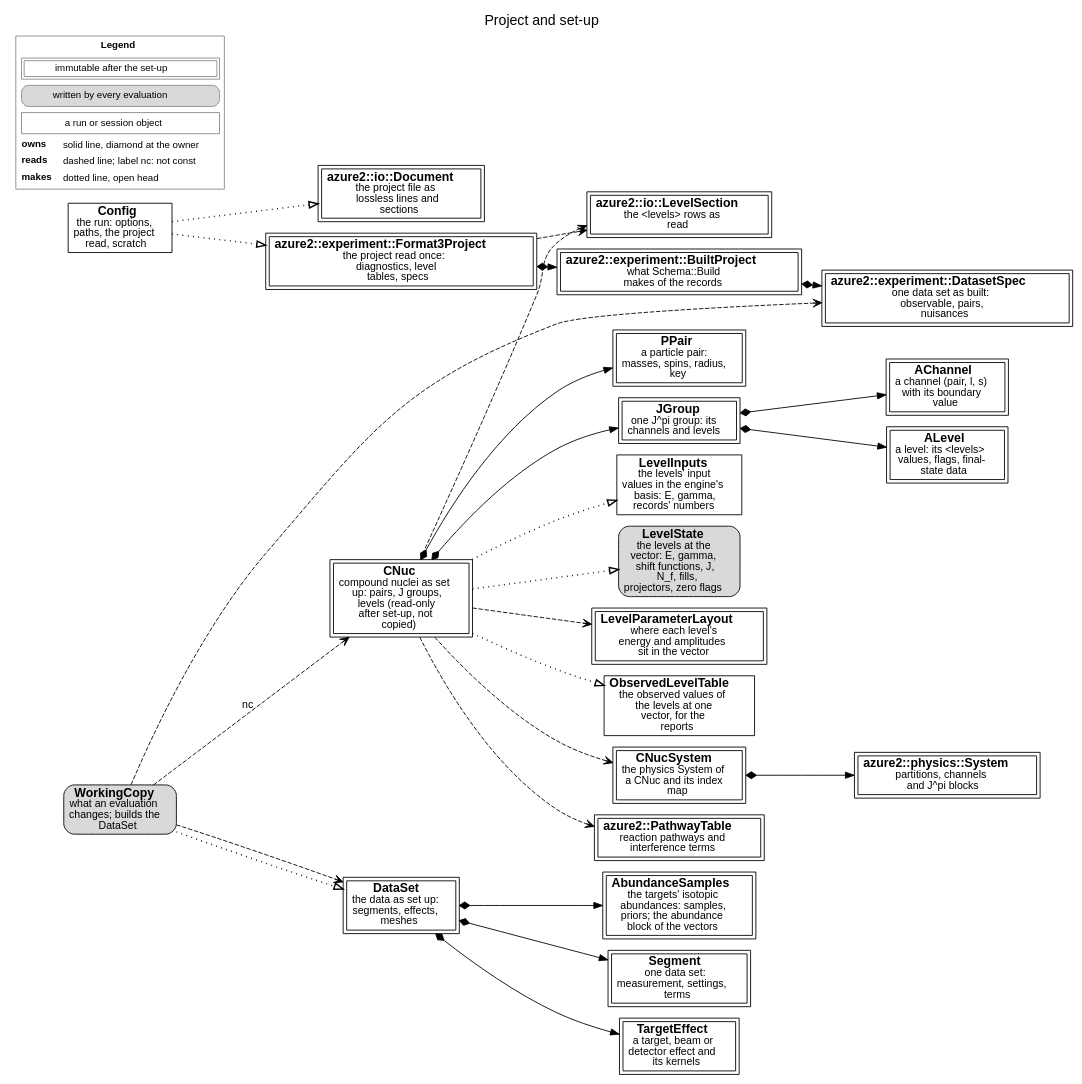
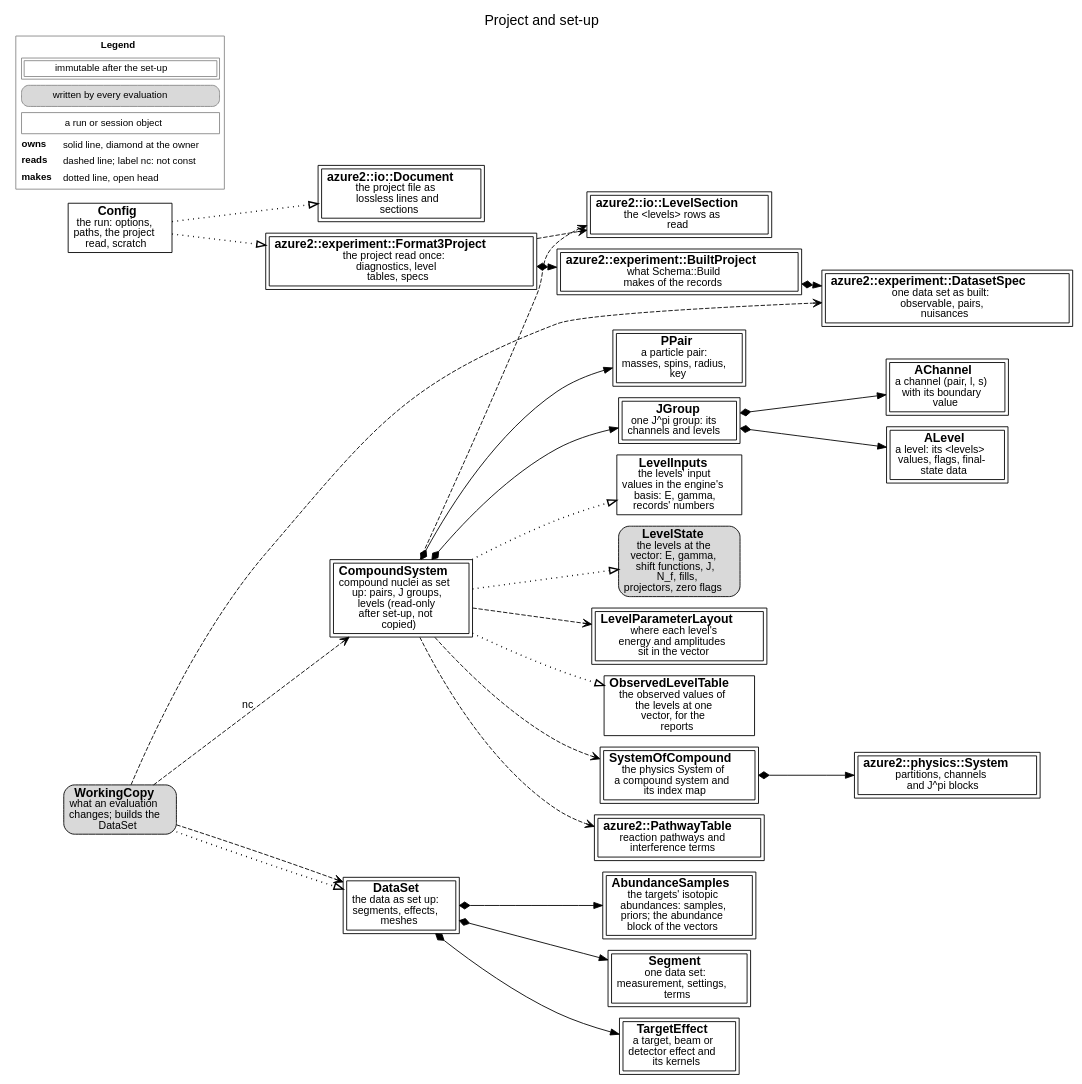
One commit to AZURE2DEV/AZURE2 changed the diagram in docs/source/developer/figures/setup.dot. Above: the diagram before and after it, drawn with Graphviz. The commit also changed 209 other files, not shown here.

```diff
--- a/docs/source/developer/figures/setup.dot
+++ b/docs/source/developer/figures/setup.dot
@@ -1,53 +1,53 @@
 digraph setup {
   graph [rankdir=LR, fontname="Helvetica", fontsize=16, labelloc=t, label="Project and set-up", nodesep=0.18, ranksep=0.3, newrank=true];
   node [fontname="Helvetica", fontsize=14, margin="0.08,0.04"];
   edge [fontname="Helvetica", fontsize=12];
   n_azure2__io__Document [label=<<b>azure2::io::Document</b><br/><font point-size="12">the project file as<br/>lossless lines and<br/>sections</font>>, shape=box, peripheries=2, style="filled", fillcolor="white"];
   n_azure2__io__LevelSection [label=<<b>azure2::io::LevelSection</b><br/><font point-size="12">the &lt;levels&gt; rows as<br/>read</font>>, shape=box, peripheries=2, style="filled", fillcolor="white"];
   n_azure2__experiment__Format3Project [label=<<b>azure2::experiment::Format3Project</b><br/><font point-size="12">the project read once:<br/>diagnostics, level<br/>tables, specs</font>>, shape=box, peripheries=2, style="filled", fillcolor="white"];
   n_azure2__experiment__BuiltProject [label=<<b>azure2::experiment::BuiltProject</b><br/><font point-size="12">what Schema::Build<br/>makes of the records</font>>, shape=box, peripheries=2, style="filled", fillcolor="white"];
   n_azure2__experiment__DatasetSpec [label=<<b>azure2::experiment::DatasetSpec</b><br/><font point-size="12">one data set as built:<br/>observable, pairs,<br/>nuisances</font>>, shape=box, peripheries=2, style="filled", fillcolor="white"];
   n_Config [label=<<b>Config</b><br/><font point-size="12">the run: options,<br/>paths, the project<br/>read, scratch</font>>, shape=box, style="filled", fillcolor="white"];
-  n_CNuc [label=<<b>CNuc</b><br/><font point-size="12">compound nuclei as set<br/>up: pairs, J groups,<br/>levels (read-only<br/>after set-up, not<br/>copied)</font>>, shape=box, peripheries=2, style="filled", fillcolor="white"];
+  n_CompoundSystem [label=<<b>CompoundSystem</b><br/><font point-size="12">compound nuclei as set<br/>up: pairs, J groups,<br/>levels (read-only<br/>after set-up, not<br/>copied)</font>>, shape=box, peripheries=2, style="filled", fillcolor="white"];
   n_PPair [label=<<b>PPair</b><br/><font point-size="12">a particle pair:<br/>masses, spins, radius,<br/>key</font>>, shape=box, peripheries=2, style="filled", fillcolor="white"];
   n_JGroup [label=<<b>JGroup</b><br/><font point-size="12">one J^pi group: its<br/>channels and levels</font>>, shape=box, peripheries=2, style="filled", fillcolor="white"];
   n_AChannel [label=<<b>AChannel</b><br/><font point-size="12">a channel (pair, l, s)<br/>with its boundary<br/>value</font>>, shape=box, peripheries=2, style="filled", fillcolor="white"];
   n_ALevel [label=<<b>ALevel</b><br/><font point-size="12">a level: its &lt;levels&gt;<br/>values, flags, final-<br/>state data</font>>, shape=box, peripheries=2, style="filled", fillcolor="white"];
   n_LevelInputs [label=<<b>LevelInputs</b><br/><font point-size="12">the levels&#x27; input<br/>values in the engine&#x27;s<br/>basis: E, gamma,<br/>records&#x27; numbers</font>>, shape=box, style="filled", fillcolor="white"];
   n_LevelState [label=<<b>LevelState</b><br/><font point-size="12">the levels at the<br/>vector: E, gamma,<br/>shift functions, J,<br/>N_f, fills,<br/>projectors, zero flags</font>>, shape=box, style="rounded,filled", fillcolor="#d9d9d9"];
   n_LevelParameterLayout [label=<<b>LevelParameterLayout</b><br/><font point-size="12">where each level&#x27;s<br/>energy and amplitudes<br/>sit in the vector</font>>, shape=box, peripheries=2, style="filled", fillcolor="white"];
   n_ObservedLevelTable [label=<<b>ObservedLevelTable</b><br/><font point-size="12">the observed values of<br/>the levels at one<br/>vector, for the<br/>reports</font>>, shape=box, style="filled", fillcolor="white"];
-  n_CNucSystem [label=<<b>CNucSystem</b><br/><font point-size="12">the physics System of<br/>a CNuc and its index<br/>map</font>>, shape=box, peripheries=2, style="filled", fillcolor="white"];
+  n_SystemOfCompound [label=<<b>SystemOfCompound</b><br/><font point-size="12">the physics System of<br/>a compound system and<br/>its index map</font>>, shape=box, peripheries=2, style="filled", fillcolor="white"];
   n_azure2__physics__System [label=<<b>azure2::physics::System</b><br/><font point-size="12">partitions, channels<br/>and J^pi blocks</font>>, shape=box, peripheries=2, style="filled", fillcolor="white"];
   n_azure2__PathwayTable [label=<<b>azure2::PathwayTable</b><br/><font point-size="12">reaction pathways and<br/>interference terms</font>>, shape=box, peripheries=2, style="filled", fillcolor="white"];
   n_DataSet [label=<<b>DataSet</b><br/><font point-size="12">the data as set up:<br/>segments, effects,<br/>meshes</font>>, shape=box, peripheries=2, style="filled", fillcolor="white"];
   n_AbundanceSamples [label=<<b>AbundanceSamples</b><br/><font point-size="12">the targets&#x27; isotopic<br/>abundances: samples,<br/>priors; the abundance<br/>block of the vectors</font>>, shape=box, peripheries=2, style="filled", fillcolor="white"];
   n_Segment [label=<<b>Segment</b><br/><font point-size="12">one data set:<br/>measurement, settings,<br/>terms</font>>, shape=box, peripheries=2, style="filled", fillcolor="white"];
   n_TargetEffect [label=<<b>TargetEffect</b><br/><font point-size="12">a target, beam or<br/>detector effect and<br/>its kernels</font>>, shape=box, peripheries=2, style="filled", fillcolor="white"];
   n_WorkingCopy [label=<<b>WorkingCopy</b><br/><font point-size="12">what an evaluation<br/>changes; builds the<br/>DataSet</font>>, shape=box, style="rounded,filled", fillcolor="#d9d9d9"];
   n_Config -> n_azure2__io__Document [style=dotted, penwidth=1.6, arrowhead=empty];
   n_Config -> n_azure2__experiment__Format3Project [style=dotted, penwidth=1.6, arrowhead=empty];
   n_azure2__experiment__Format3Project -> n_azure2__io__LevelSection [style=dashed, arrowhead=vee];
   n_azure2__experiment__Format3Project -> n_azure2__experiment__BuiltProject [style=solid, dir=both, arrowtail=diamond, arrowhead=normal];
   n_azure2__experiment__BuiltProject -> n_azure2__experiment__DatasetSpec [style=solid, dir=both, arrowtail=diamond, arrowhead=normal];
-  n_CNuc -> n_azure2__io__LevelSection [style=dashed, arrowhead=vee];
-  n_CNuc -> n_PPair [style=solid, dir=both, arrowtail=diamond, arrowhead=normal];
-  n_CNuc -> n_JGroup [style=solid, dir=both, arrowtail=diamond, arrowhead=normal];
+  n_CompoundSystem -> n_azure2__io__LevelSection [style=dashed, arrowhead=vee];
+  n_CompoundSystem -> n_PPair [style=solid, dir=both, arrowtail=diamond, arrowhead=normal];
+  n_CompoundSystem -> n_JGroup [style=solid, dir=both, arrowtail=diamond, arrowhead=normal];
   n_JGroup -> n_AChannel [style=solid, dir=both, arrowtail=diamond, arrowhead=normal];
   n_JGroup -> n_ALevel [style=solid, dir=both, arrowtail=diamond, arrowhead=normal];
-  n_CNuc -> n_LevelState [style=dotted, penwidth=1.6, arrowhead=empty];
-  n_CNuc -> n_LevelInputs [style=dotted, penwidth=1.6, arrowhead=empty];
-  n_CNuc -> n_LevelParameterLayout [style=dashed, arrowhead=vee];
-  n_CNuc -> n_ObservedLevelTable [style=dotted, penwidth=1.6, arrowhead=empty];
-  n_CNuc -> n_CNucSystem [style=dashed, arrowhead=vee];
-  n_CNucSystem -> n_azure2__physics__System [style=solid, dir=both, arrowtail=diamond, arrowhead=normal];
-  n_CNuc -> n_azure2__PathwayTable [style=dashed, arrowhead=vee];
+  n_CompoundSystem -> n_LevelState [style=dotted, penwidth=1.6, arrowhead=empty];
+  n_CompoundSystem -> n_LevelInputs [style=dotted, penwidth=1.6, arrowhead=empty];
+  n_CompoundSystem -> n_LevelParameterLayout [style=dashed, arrowhead=vee];
+  n_CompoundSystem -> n_ObservedLevelTable [style=dotted, penwidth=1.6, arrowhead=empty];
+  n_CompoundSystem -> n_SystemOfCompound [style=dashed, arrowhead=vee];
+  n_SystemOfCompound -> n_azure2__physics__System [style=solid, dir=both, arrowtail=diamond, arrowhead=normal];
+  n_CompoundSystem -> n_azure2__PathwayTable [style=dashed, arrowhead=vee];
   n_WorkingCopy -> n_azure2__experiment__DatasetSpec [style=dashed, arrowhead=vee];
-  n_WorkingCopy -> n_CNuc [style=dashed, arrowhead=vee, label=" nc"];
+  n_WorkingCopy -> n_CompoundSystem [style=dashed, arrowhead=vee, label=" nc"];
   n_WorkingCopy -> n_DataSet [style=dotted, penwidth=1.6, arrowhead=empty];
   n_WorkingCopy -> n_DataSet [style=dashed, arrowhead=vee];
   n_DataSet -> n_Segment [style=solid, dir=both, arrowtail=diamond, arrowhead=normal];
   n_DataSet -> n_TargetEffect [style=solid, dir=both, arrowtail=diamond, arrowhead=normal];
   n_DataSet -> n_AbundanceSamples [style=solid, dir=both, arrowtail=diamond, arrowhead=normal];
   legend [shape=plaintext, fontsize=11, label=<<TABLE BORDER="1" CELLBORDER="0" CELLSPACING="3" COLOR="#888888"><TR><TD COLSPAN="2"><B>Legend</B></TD></TR><TR><TD COLSPAN="2"><TABLE BORDER="1" CELLBORDER="1" CELLSPACING="2" CELLPADDING="2"><TR><TD>immutable after the set-up</TD></TR></TABLE></TD></TR><TR><TD COLSPAN="2"><TABLE BORDER="1" CELLBORDER="0" CELLPADDING="3" STYLE="rounded" BGCOLOR="#d9d9d9"><TR><TD>written by every evaluation</TD></TR></TABLE></TD></TR><TR><TD COLSPAN="2"><TABLE BORDER="1" CELLBORDER="0" CELLPADDING="3" ><TR><TD>a run or session object</TD></TR></TABLE></TD></TR><TR><TD ALIGN="LEFT"><B>owns</B></TD><TD ALIGN="LEFT">solid line, diamond at the owner</TD></TR><TR><TD ALIGN="LEFT"><B>reads</B></TD><TD ALIGN="LEFT">dashed line; label nc: not const</TD></TR><TR><TD ALIGN="LEFT"><B>makes</B></TD><TD ALIGN="LEFT">dotted line, open head</TD></TR></TABLE>>];
 }
```
